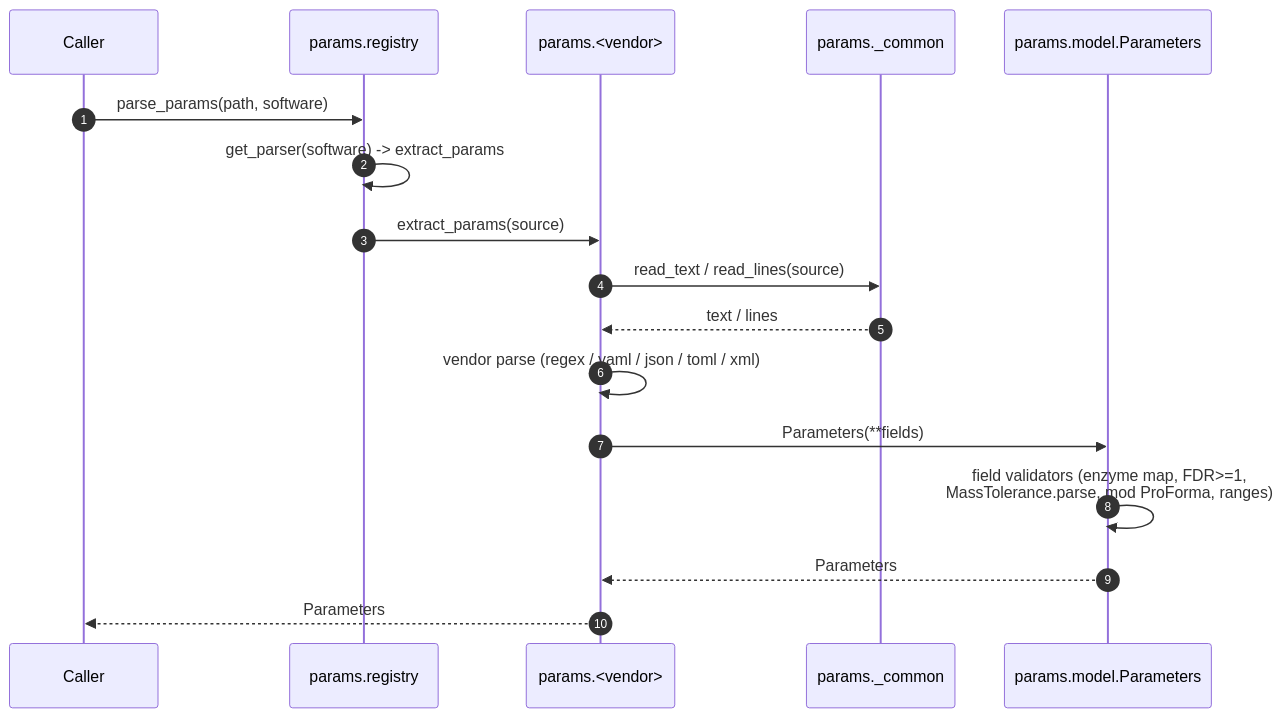
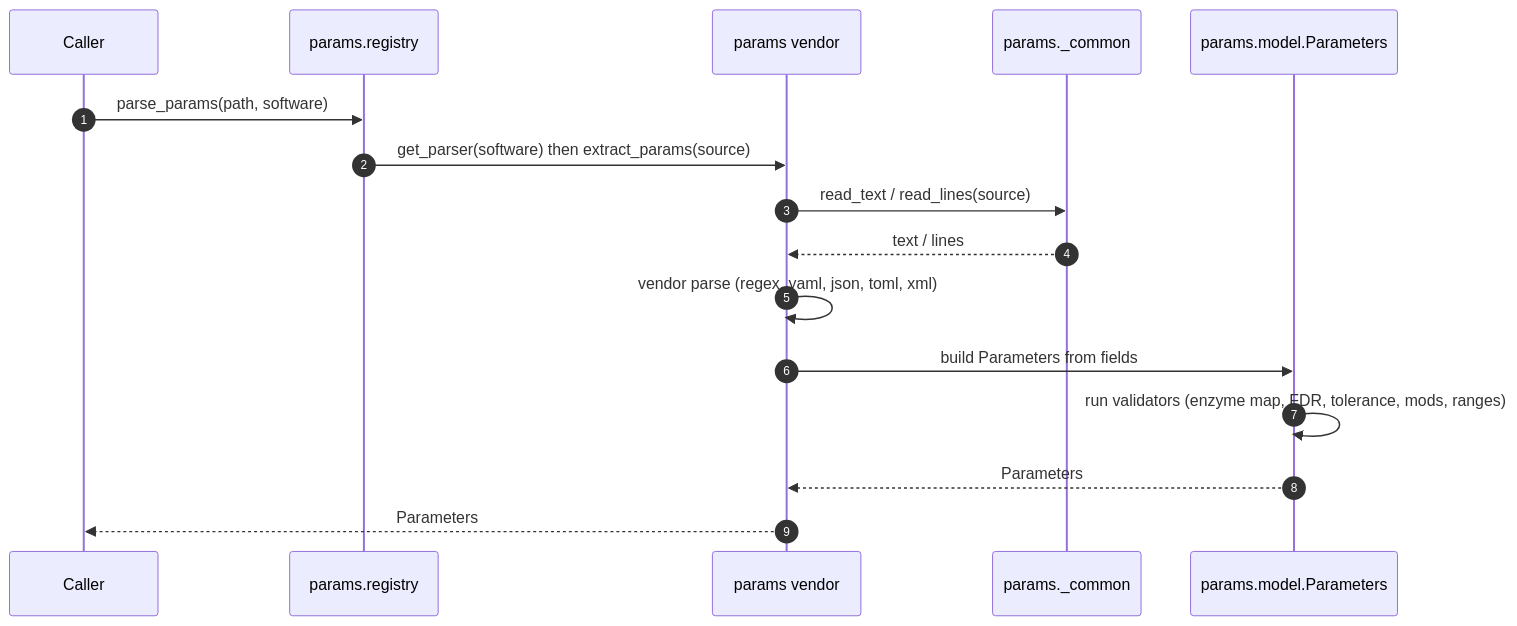
The seventh of 8 diagrams in docs/parsing_architecture.md (anndata-omics-bridge/anndata-proteomics-bridge), drawn with Mermaid before and after one commit. The commit also changed other lines of this file and 7 other files, not shown here.

First line of the commit message:
docs: markdown→HTML render toolchain + rendered parameter/architecture docs

````diff
--- a/docs/parsing_architecture.md
+++ b/docs/parsing_architecture.md
@@ -200,20 +298,19 @@
 ```mermaid
 sequenceDiagram
     autonumber
     participant Caller
     participant Reg as params.registry
-    participant V as params.<vendor>
+    participant V as params vendor
     participant Common as params._common
     participant Model as params.model.Parameters
 
     Caller->>Reg: parse_params(path, software)
-    Reg->>Reg: get_parser(software) -> extract_params
-    Reg->>V: extract_params(source)
+    Reg->>V: get_parser(software) then extract_params(source)
     V->>Common: read_text / read_lines(source)
     Common-->>V: text / lines
-    V->>V: vendor parse (regex / yaml / json / toml / xml)
-    V->>Model: Parameters(**fields)
-    Model->>Model: field validators (enzyme map, FDR>=1,<br/>MassTolerance.parse, mod ProForma, ranges)
+    V->>V: vendor parse (regex, yaml, json, toml, xml)
+    V->>Model: build Parameters from fields
+    Model->>Model: run validators (enzyme map, FDR, tolerance, mods, ranges)
     Model-->>V: Parameters
     V-->>Caller: Parameters
 ```
````
